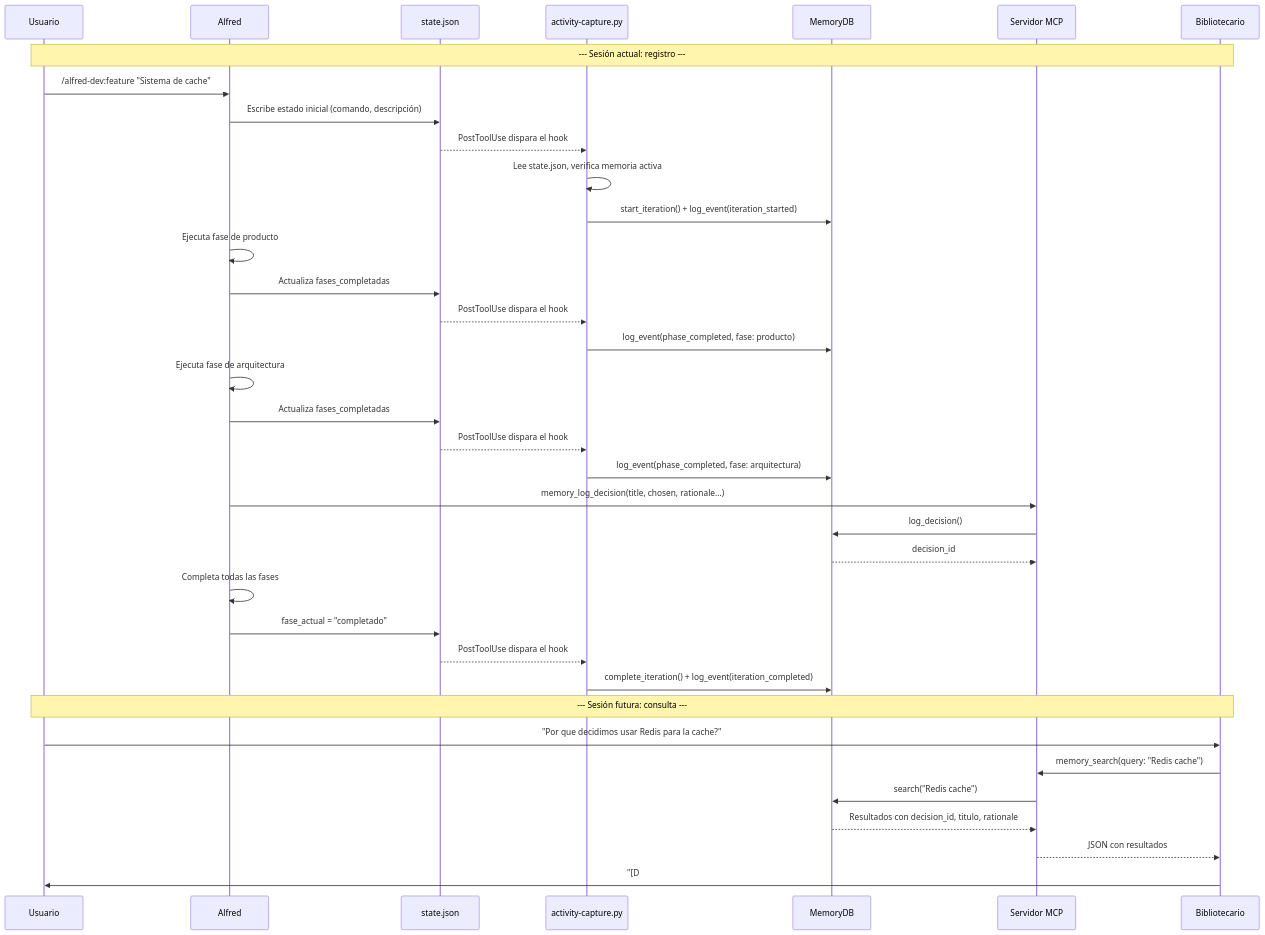
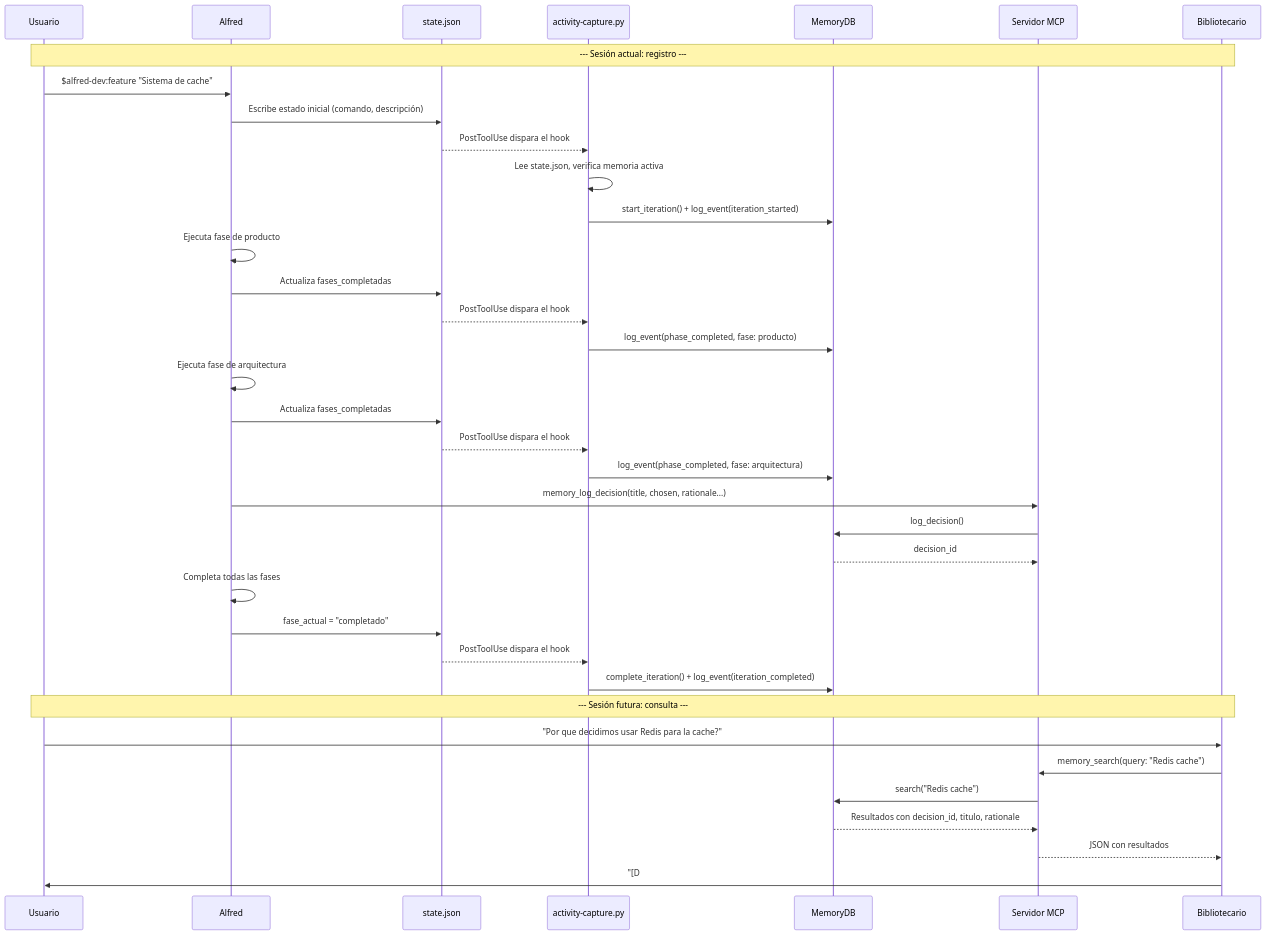
One commit to lacrimae0rerum/alfred-dev changed the second of 2 diagrams in docs/memory.md. Above: the diagram before and after it, drawn with Mermaid. The commit also changed other lines of this file and 111 other files, not shown here.

````diff
--- a/docs/memory.md
+++ b/docs/memory.md
@@ -404,46 +404,46 @@
 ```mermaid
 sequenceDiagram
     participant U as Usuario
     participant A as Alfred
     participant S as state.json
     participant H as activity-capture.py
     participant DB as MemoryDB
     participant MCP as Servidor MCP
     participant B as Bibliotecario
 
     Note over U,B: --- Sesión actual: registro ---
 
-    U->>A: /alfred-dev:feature "Sistema de cache"
+    U->>A: $alfred-dev:feature "Sistema de cache"
     A->>S: Escribe estado inicial (comando, descripción)
     S-->>H: PostToolUse dispara el hook
     H->>H: Lee state.json, verifica memoria activa
     H->>DB: start_iteration() + log_event(iteration_started)
 
     A->>A: Ejecuta fase de producto
     A->>S: Actualiza fases_completadas
     S-->>H: PostToolUse dispara el hook
     H->>DB: log_event(phase_completed, fase: producto)
 
     A->>A: Ejecuta fase de arquitectura
     A->>S: Actualiza fases_completadas
     S-->>H: PostToolUse dispara el hook
     H->>DB: log_event(phase_completed, fase: arquitectura)
 
     A->>MCP: memory_log_decision(title, chosen, rationale...)
     MCP->>DB: log_decision()
     DB-->>MCP: decision_id
 
     A->>A: Completa todas las fases
     A->>S: fase_actual = "completado"
     S-->>H: PostToolUse dispara el hook
     H->>DB: complete_iteration() + log_event(iteration_completed)
 
     Note over U,B: --- Sesión futura: consulta ---
 
     U->>B: "Por que decidimos usar Redis para la cache?"
     B->>MCP: memory_search(query: "Redis cache")
     MCP->>DB: search("Redis cache")
     DB-->>MCP: Resultados con decision_id, titulo, rationale
     MCP-->>B: JSON con resultados
     B->>U: "[D#14] Se eligio Redis porque..."
 ```
````
